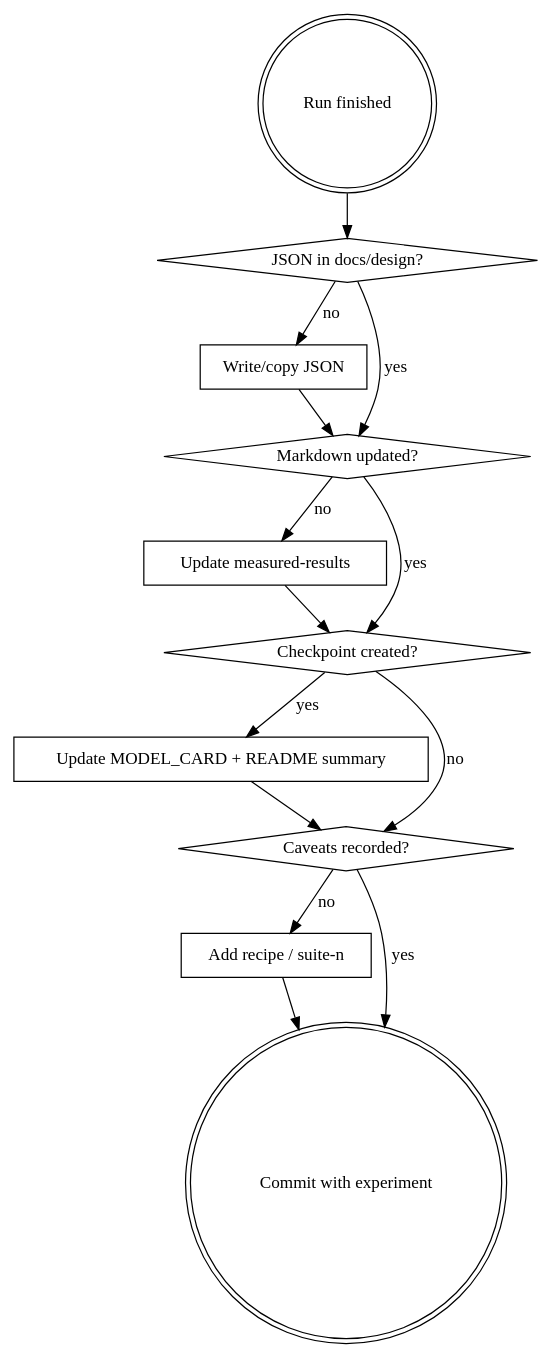
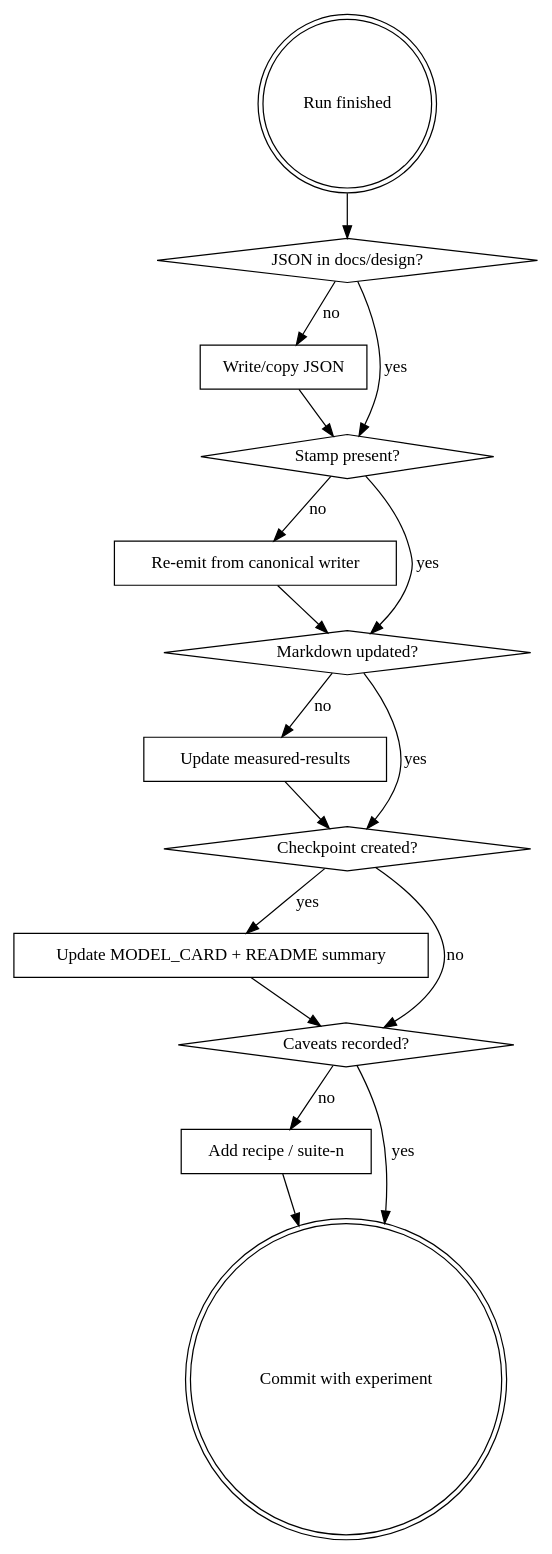
One commit to Tyler-R-Kendrick/slm-training changed the diagram in .agents/skills/documenting-experiment-results/SKILL.md. Above: the diagram before and after it, drawn with Graphviz. The commit also changed other lines of this file and 9 other files, not shown here.

````diff
--- a/.agents/skills/documenting-experiment-results/SKILL.md
+++ b/.agents/skills/documenting-experiment-results/SKILL.md
@@ -29,28 +34,33 @@
 ```dot
 digraph docs_after_run {
     "Run finished" [shape=doublecircle];
     "JSON in docs/design?" [shape=diamond];
     "Write/copy JSON" [shape=box];
+    "Stamp present?" [shape=diamond];
+    "Re-emit from canonical writer" [shape=box];
     "Markdown updated?" [shape=diamond];
     "Update measured-results" [shape=box];
     "Checkpoint created?" [shape=diamond];
     "Update MODEL_CARD + README summary" [shape=box];
     "Caveats recorded?" [shape=diamond];
     "Add recipe / suite-n" [shape=box];
     "Commit with experiment" [shape=doublecircle];
 
     "Run finished" -> "JSON in docs/design?";
     "JSON in docs/design?" -> "Write/copy JSON" [label="no"];
-    "JSON in docs/design?" -> "Markdown updated?" [label="yes"];
-    "Write/copy JSON" -> "Markdown updated?";
+    "JSON in docs/design?" -> "Stamp present?" [label="yes"];
+    "Write/copy JSON" -> "Stamp present?";
+    "Stamp present?" -> "Re-emit from canonical writer" [label="no"];
+    "Stamp present?" -> "Markdown updated?" [label="yes"];
+    "Re-emit from canonical writer" -> "Markdown updated?";
     "Markdown updated?" -> "Update measured-results" [label="no"];
     "Markdown updated?" -> "Checkpoint created?" [label="yes"];
     "Update measured-results" -> "Checkpoint created?";
     "Checkpoint created?" -> "Update MODEL_CARD + README summary" [label="yes"];
     "Checkpoint created?" -> "Caveats recorded?" [label="no"];
     "Update MODEL_CARD + README summary" -> "Caveats recorded?";
     "Caveats recorded?" -> "Add recipe / suite-n" [label="no"];
     "Caveats recorded?" -> "Commit with experiment" [label="yes"];
     "Add recipe / suite-n" -> "Commit with experiment";
 }
 ```
````
